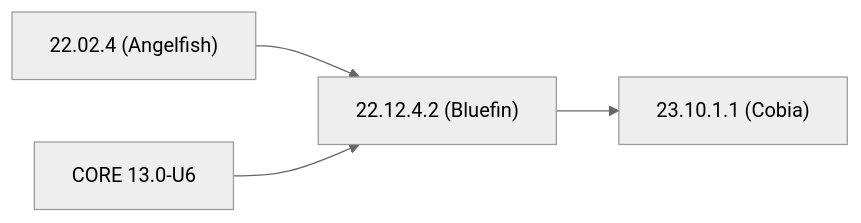
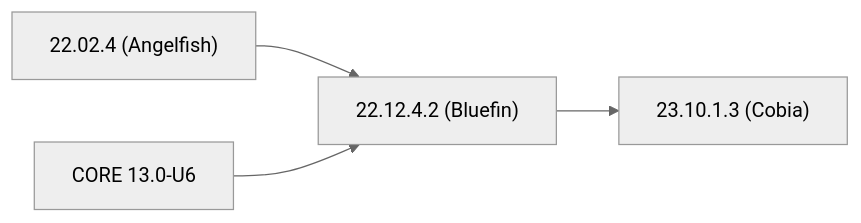
One commit to truenas/documentation changed the first of 2 diagrams in content/GettingStarted/SCALEReleaseNotes.md. Above: the diagram before and after it, drawn with Mermaid (neutral theme). The commit also changed other lines of this file, not shown here.

Commit message:
Update Cobia upgrade paths

```diff
--- a/content/GettingStarted/SCALEReleaseNotes.md
+++ b/content/GettingStarted/SCALEReleaseNotes.md
@@ -125,8 +125,8 @@
 {{< mermaid class="mermaid_sizing" >}}
 flowchart LR
 
 A["22.02.4 (Angelfish)"] --> C
 B[CORE 13.0-U6] --> C
 C["22.12.4.2 (Bluefin)"] --> D
-D["23.10.1.1 (Cobia)"]
+D["23.10.1.3 (Cobia)"]
 {{< /mermaid >}}
```
